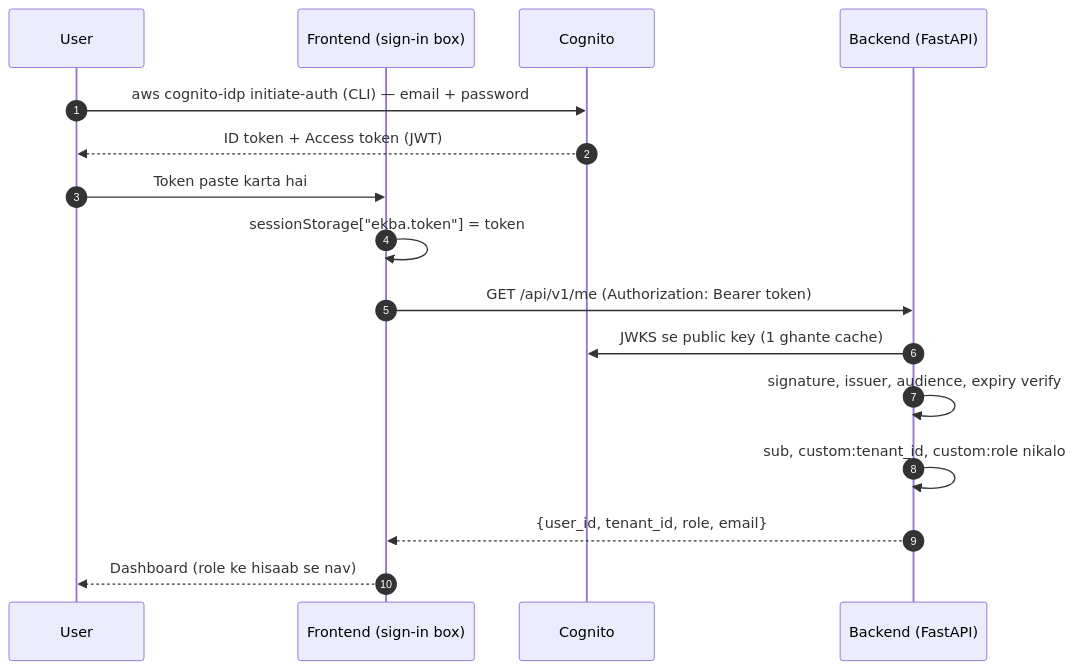
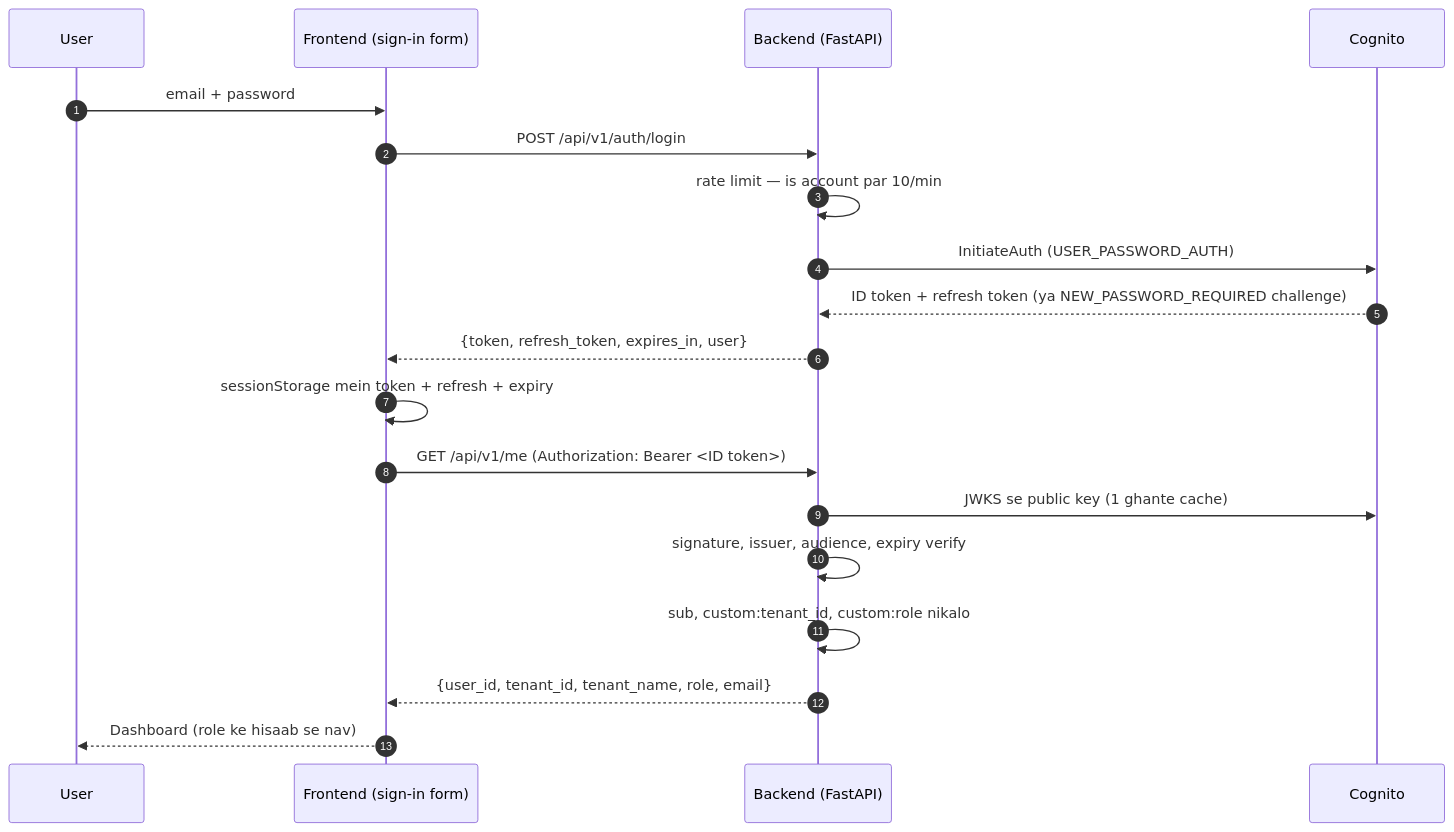
The fourth of 16 diagrams in docs/handbook/ENTERPRISE_KNOWLEDGE_AUTOMATION_COMPLETE_HANDBOOK.md (Analyst-Parveen/Enterprise-Knowledge-Based-Automation), drawn with Mermaid before and after one commit. The commit also changed other lines of this file and 71 other files, not shown here.

````diff
--- a/docs/handbook/ENTERPRISE_KNOWLEDGE_AUTOMATION_COMPLETE_HANDBOOK.md
+++ b/docs/handbook/ENTERPRISE_KNOWLEDGE_AUTOMATION_COMPLETE_HANDBOOK.md
@@ -613,18 +655,21 @@
 ```mermaid
 sequenceDiagram
     autonumber
     participant U as User
-    participant FE as Frontend (sign-in box)
+    participant FE as Frontend (sign-in form)
+    participant API as Backend (FastAPI)
     participant CG as Cognito
-    participant API as Backend (FastAPI)
-    U->>CG: aws cognito-idp initiate-auth (CLI) — email + password
-    CG-->>U: ID token + Access token (JWT)
-    U->>FE: Token paste karta hai
-    FE->>FE: sessionStorage["ekba.token"] = token
-    FE->>API: GET /api/v1/me  (Authorization: Bearer token)
+    U->>FE: email + password
+    FE->>API: POST /api/v1/auth/login
+    API->>API: rate limit — is account par 10/min
+    API->>CG: InitiateAuth (USER_PASSWORD_AUTH)
+    CG-->>API: ID token + refresh token (ya NEW_PASSWORD_REQUIRED challenge)
+    API-->>FE: {token, refresh_token, expires_in, user}
+    FE->>FE: sessionStorage mein token + refresh + expiry
+    FE->>API: GET /api/v1/me  (Authorization: Bearer <ID token>)
     API->>CG: JWKS se public key (1 ghante cache)
     API->>API: signature, issuer, audience, expiry verify
     API->>API: sub, custom:tenant_id, custom:role nikalo
-    API-->>FE: {user_id, tenant_id, role, email}
+    API-->>FE: {user_id, tenant_id, tenant_name, role, email}
     FE-->>U: Dashboard (role ke hisaab se nav)
 ```
````
